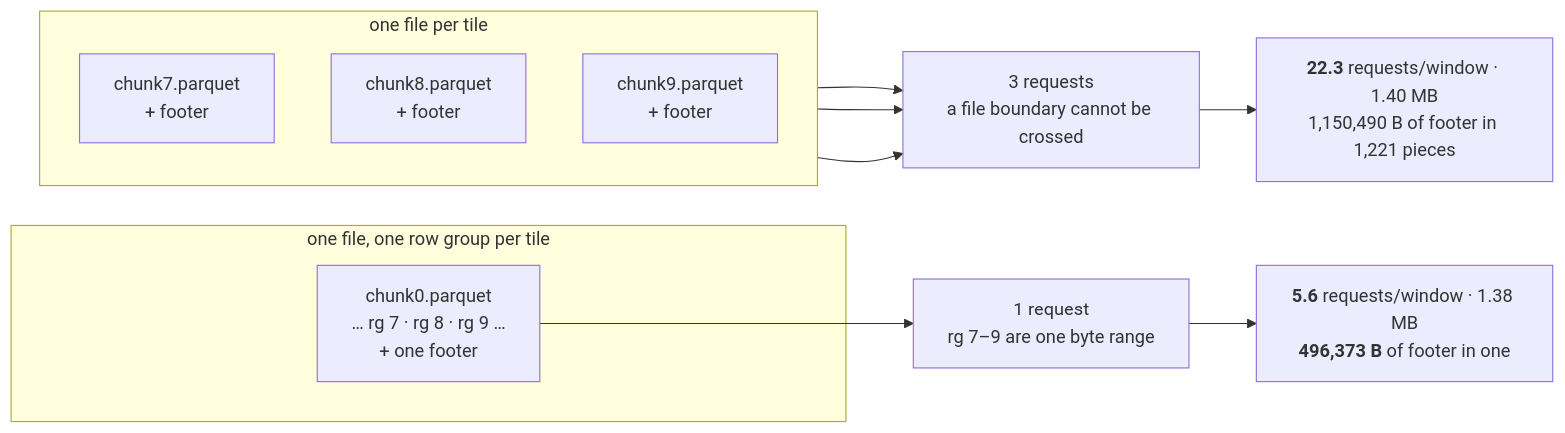
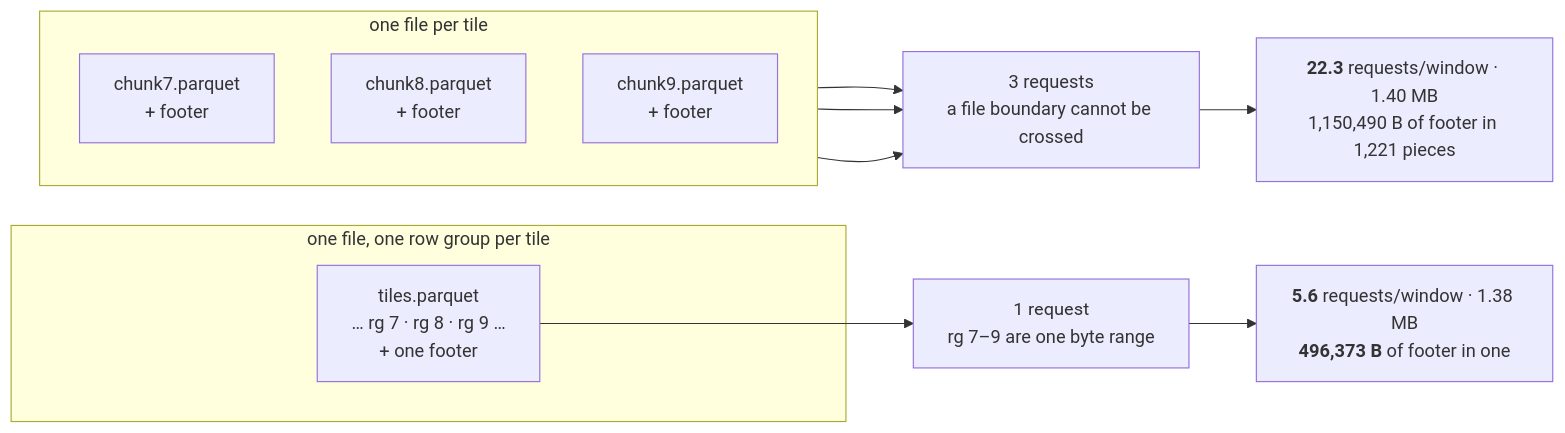
One commit to Kanzo-Tech/fossil-lang changed the diagram in apps/docs/content/docs/format/conventions/addressing.mdx. Above: the diagram before and after it, drawn with Mermaid. The commit also changed other lines of this file and 2 other files, not shown here.

````diff
--- a/apps/docs/content/docs/format/conventions/addressing.mdx
+++ b/apps/docs/content/docs/format/conventions/addressing.mdx
@@ -236,18 +240,18 @@
 ```mermaid
 graph LR
   subgraph A["one file per tile"]
     direction TB
     f7["chunk7.parquet<br/>+ footer"]
     f8["chunk8.parquet<br/>+ footer"]
     f9["chunk9.parquet<br/>+ footer"]
   end
   subgraph B["one file, one row group per tile"]
-    g["chunk0.parquet<br/>… rg 7 · rg 8 · rg 9 …<br/>+ one footer"]
+    g["tiles.parquet<br/>… rg 7 · rg 8 · rg 9 …<br/>+ one footer"]
   end
   f7 --> R1["3 requests<br/>a file boundary cannot be crossed"]
   f8 --> R1
   f9 --> R1
   g --> R2["1 request<br/>rg 7–9 are one byte range"]
   R1 --> T1["<b>22.3</b> requests/window · 1.40 MB<br/>1,150,490 B of footer in 1,221 pieces"]
   R2 --> T2["<b>5.6</b> requests/window · 1.38 MB<br/><b>496,373 B</b> of footer in one"]
 ```
````
